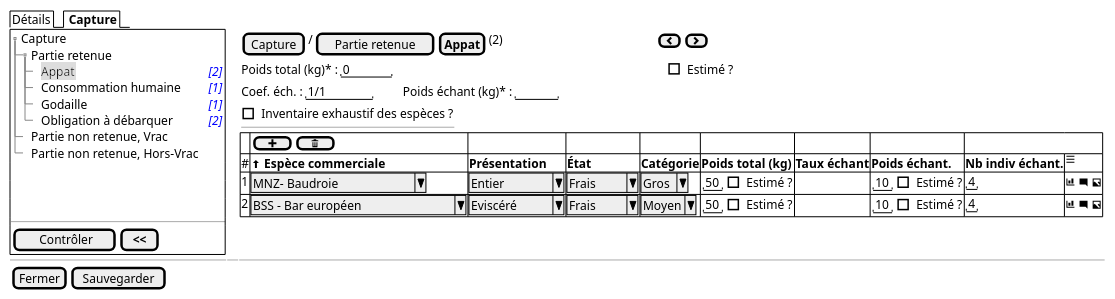
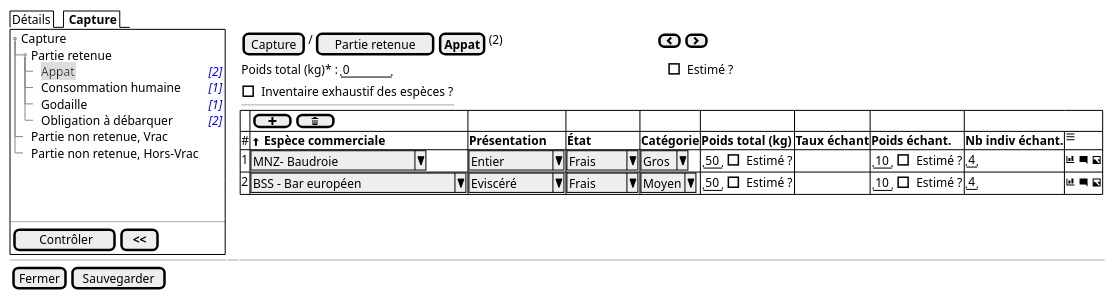
One commit to sumaris-net/sumaris-doc changed the diagram in projects/obsmer/spe/images/batch/batch-tree-PR-BAI.puml. Above: the diagram before and after it, drawn with PlantUML. The commit also changed 17 other files, not shown here.

```diff
--- a/projects/obsmer/spe/images/batch/batch-tree-PR-BAI.puml
+++ b/projects/obsmer/spe/images/batch/batch-tree-PR-BAI.puml
@@ -1,45 +1,43 @@
 @startsalt
 {
   {/ Détails | <b> Capture }
   {+
    {T
        + Capture
        ++ Partie retenue
        +++ <back:#DDD>Appat | <i><color:blue>[2]
        +++ Consommation humaine | <i><color:blue>[1]
        +++ Godaille | <i><color:blue>[1]
        +++ Obligation à débarquer| <i><color:blue>[2]
        ++ Partie non retenue, Vrac
        ++ Partie non retenue, Hors-Vrac
    }
     .
     .
     .
    --
    {
       [<&checkmark> Contrôler] | [ <b><< ]
    }
   } | . | {
     { [Capture] | / | [Partie retenue] | [<b>Appat]| (2) | . | . | . | . | . | . | . | . | . | . | . | . | . | . | . | . | . | . | . | . | . | . | . | . | . | . | . | . | . |  { [<&chevron-left>] | [<&chevron-right>] }}
 
     {Poids total (kg)* : | " 0    " | . | . | . | . | . | . | . | . | . | . | . | . | . | . | . | . | . | . | . | . | . | . | . | . | . | . | . | . | . | . | . | . | . | . | . | . | . | . | . | . | . | . | . | . |. |. |. |. |. |. |. |. | [ ] Estimé ?}
 
-    {Coef. éch. : | " 1/1    " | . | . | . | . | . |  Poids échant (kg)* : | "     " }
-
     { [ ] Inventaire exhaustif des espèces ?
     ---
     }
 
 
     {#
           . | {[ <&plus> ] | [ <&trash> ] } | . | . | . | . | . | .
           # | <&arrow-thick-top> <b>Espèce commerciale  | <b>Présentation | <b>État | <b>Catégorie | <b>Poids total (kg)     |  <b>Taux échant  | <b>Poids échant. | <b>Nb indiv échant. | <&menu>
           1 | ^MNZ- Baudroie       ^ | ^ Entier   ^ | ^ Frais ^ | ^Gros^ | { "50" | [ ] Estimé ? } | .   |   { "10" | [ ] Estimé ? }          | "4" | <&bar-chart> <&comment-square> <&image>
           2 | ^BSS - Bar européen       ^ | ^ Eviscéré ^ | ^ Frais ^ | ^Moyen^ | { "50" | [ ] Estimé ? } | .   |   { "10" | [ ] Estimé ? }          | "4" | <&bar-chart> <&comment-square> <&image>
         }
   }
 
   -- | -- | --
   { [Fermer] | [Sauvegarder] }
 }
 @endsalt
```
